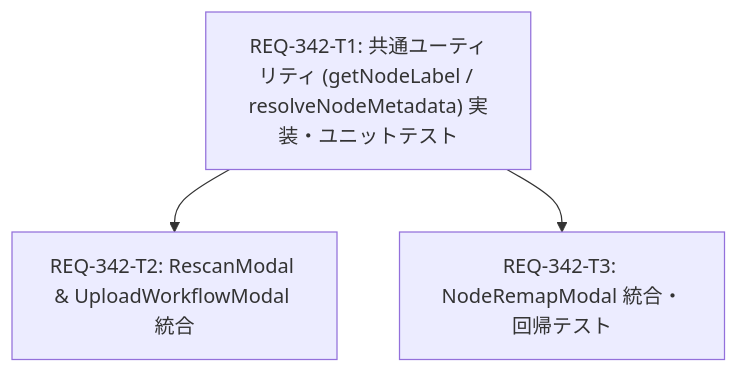
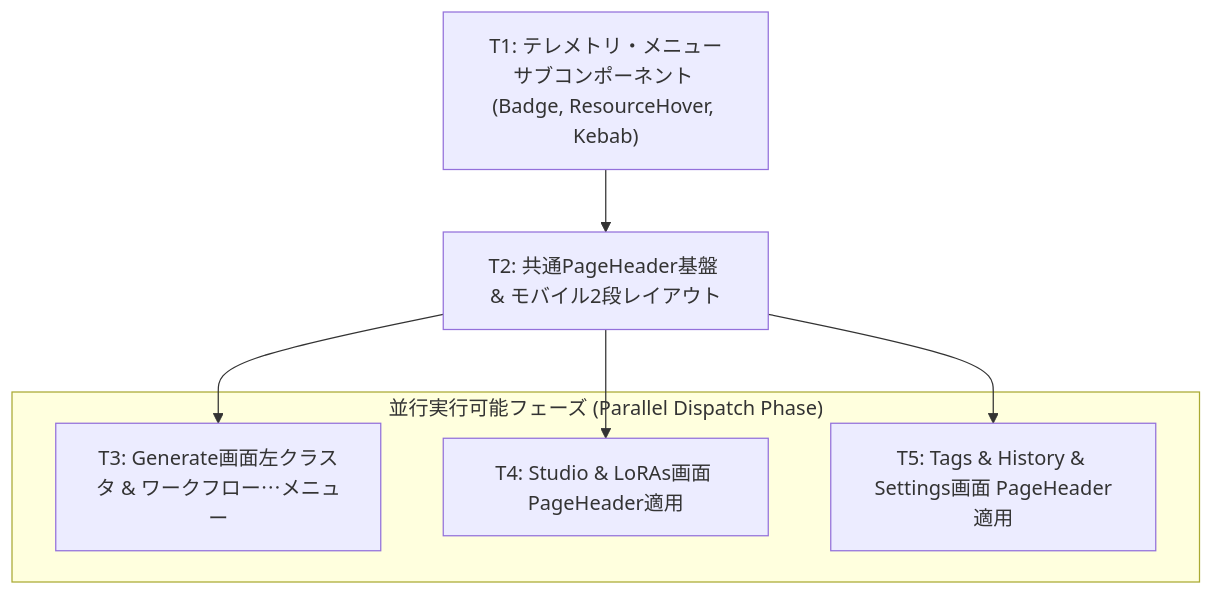
Before and after one commit to TAKE4548/comfy-create-helper2: the diagram in implementation_plan.md, drawn with Mermaid. The commit also changed other lines of this file and 34 other files, not shown here.

````diff
--- a/implementation_plan.md
+++ b/implementation_plan.md
@@ -41,5 +61,13 @@
 ```mermaid
 graph TD
-  REQ-342-T1["REQ-342-T1: 共通ユーティリティ (getNodeLabel / resolveNodeMetadata) 実装・ユニットテスト"] --> REQ-342-T2["REQ-342-T2: RescanModal & UploadWorkflowModal 統合"]
-  REQ-342-T1 --> REQ-342-T3["REQ-342-T3: NodeRemapModal 統合・回帰テスト"]
+  REQ-341-T1["T1: テレメトリ・メニューサブコンポーネント (Badge, ResourceHover, Kebab)"] --> REQ-341-T2["T2: 共通PageHeader基盤 & モバイル2段レイアウト"]
+  REQ-341-T2 --> REQ-341-T3["T3: Generate画面左クラスタ & ワークフロー⋯メニュー"]
+  REQ-341-T2 --> REQ-341-T4["T4: Studio & LoRAs画面 PageHeader適用"]
+  REQ-341-T2 --> REQ-341-T5["T5: Tags & History & Settings画面 PageHeader適用"]
+  
+  subgraph Parallel_Phase ["並行実行可能フェーズ (Parallel Dispatch Phase)"]
+    REQ-341-T3
+    REQ-341-T4
+    REQ-341-T5
+  end
 ```
````
